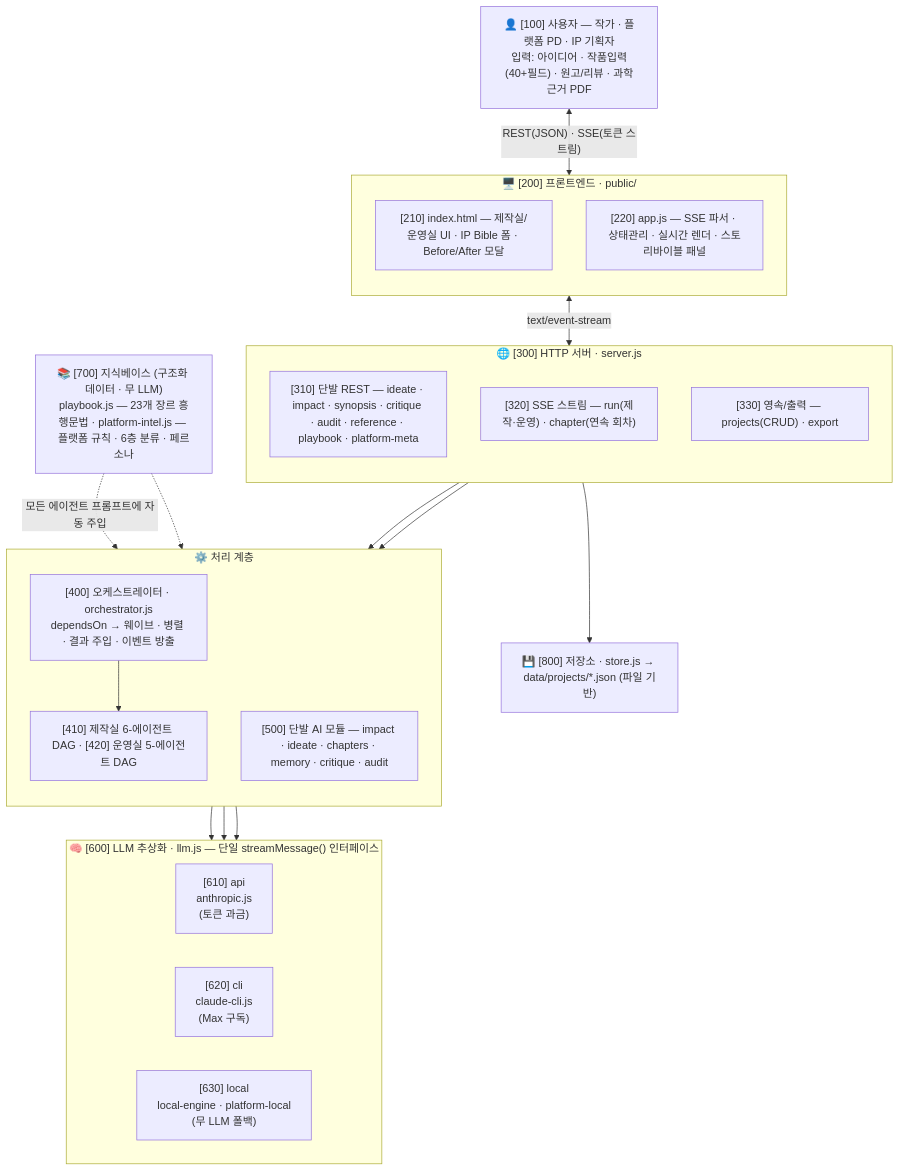
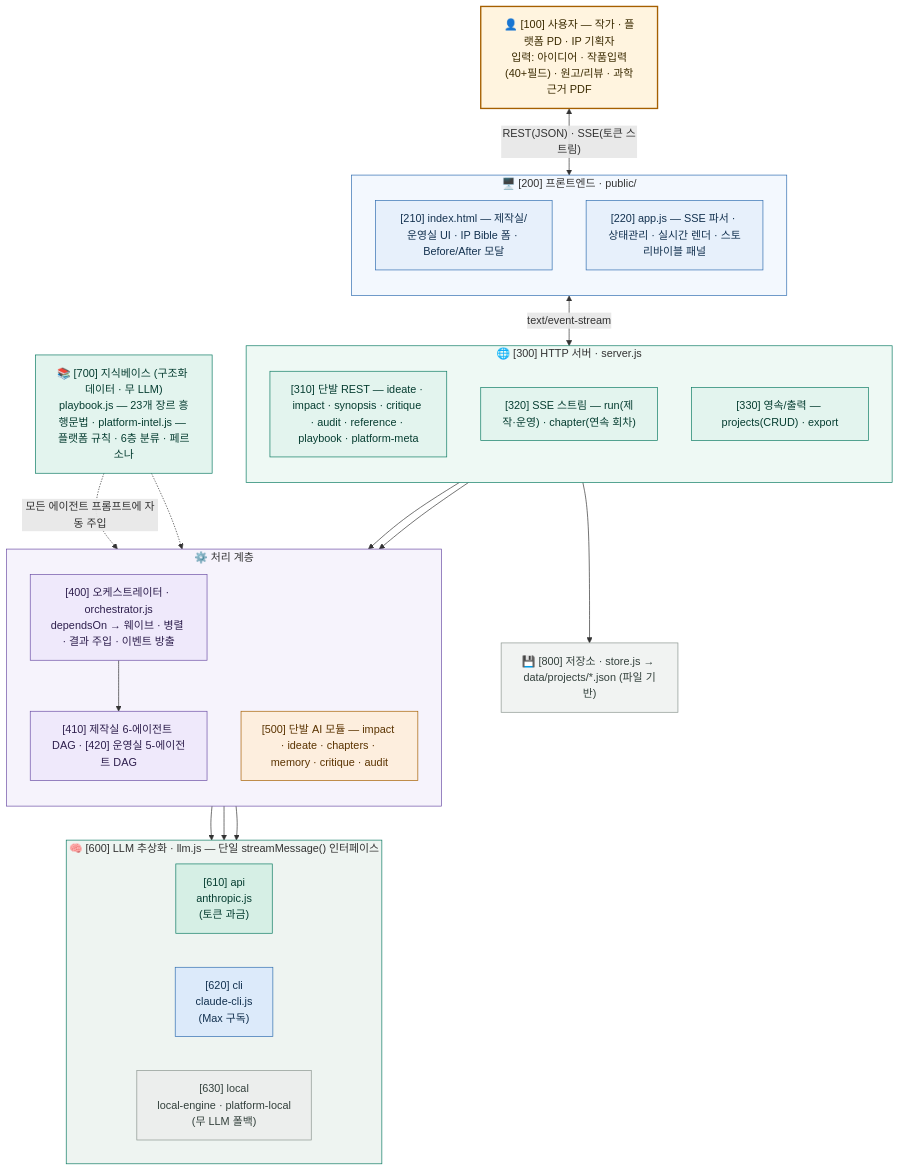
One commit to swparklab/webnovel-ip-agent changed the first of 7 diagrams in README.md. Above: the diagram before and after it, drawn with Mermaid. The commit also changed other lines of this file, not shown here.

First line of the commit message:
docs: 워크플로우 도면 FIG.1~7에 계층별 색상(classDef) 적용

````diff
--- a/README.md
+++ b/README.md
@@ -21,46 +21,71 @@
 ```mermaid
 flowchart TB
     U["👤 [100] 사용자 — 작가 · 플랫폼 PD · IP 기획자<br/>입력: 아이디어 · 작품입력(40+필드) · 원고/리뷰 · 과학근거 PDF"]
 
     subgraph FE["🖥️ [200] 프론트엔드 · public/"]
         direction TB
         FE1["[210] index.html — 제작실/운영실 UI · IP Bible 폼 · Before/After 모달"]
         FE2["[220] app.js — SSE 파서 · 상태관리 · 실시간 렌더 · 스토리바이블 패널"]
     end
 
     subgraph SV["🌐 [300] HTTP 서버 · server.js"]
         direction TB
         SV1["[310] 단발 REST — ideate · impact · synopsis · critique · audit · reference · playbook · platform-meta"]
         SV2["[320] SSE 스트림 — run(제작·운영) · chapter(연속 회차)"]
         SV3["[330] 영속/출력 — projects(CRUD) · export"]
     end
 
     subgraph CORE["⚙️ 처리 계층"]
         direction TB
         OR["[400] 오케스트레이터 · orchestrator.js<br/>dependsOn → 웨이브 · 병렬 · 결과 주입 · 이벤트 방출"]
         DAG["[410] 제작실 6-에이전트 DAG · [420] 운영실 5-에이전트 DAG"]
         AIM["[500] 단발 AI 모듈 — impact · ideate · chapters · memory · critique · audit"]
         OR --> DAG
     end
 
     subgraph LLM["🧠 [600] LLM 추상화 · llm.js — 단일 streamMessage() 인터페이스"]
         direction LR
         L1["[610] api<br/>anthropic.js<br/>(토큰 과금)"]
         L2["[620] cli<br/>claude-cli.js<br/>(Max 구독)"]
         L3["[630] local<br/>local-engine · platform-local<br/>(무 LLM 폴백)"]
     end
 
     KB["📚 [700] 지식베이스 (구조화 데이터 · 무 LLM)<br/>playbook.js — 23개 장르 흥행문법 · platform-intel.js — 플랫폼 규칙 · 6층 분류 · 페르소나"]
     ST["💾 [800] 저장소 · store.js → data/projects/*.json (파일 기반)"]
 
     U <-->|"REST(JSON) · SSE(토큰 스트림)"| FE
     FE <-->|"text/event-stream"| SV
     SV2 --> OR
     SV1 --> AIM
     SV3 --> ST
     OR --> LLM
     AIM --> LLM
     DAG --> LLM
     KB -. "모든 에이전트 프롬프트에 자동 주입" .-> OR
     KB -.-> AIM
+
+    classDef user fill:#fff4df,stroke:#a55f00,stroke-width:2px,color:#3a2a00
+    classDef fe fill:#e7f0fb,stroke:#2f6db0,color:#13314f
+    classDef sv fill:#e3f4ee,stroke:#0c7b63,color:#063d31
+    classDef core fill:#efe9fb,stroke:#6b4ea5,color:#2e1f4d
+    classDef ai fill:#fdeede,stroke:#a55f00,color:#5a3300
+    classDef kb fill:#e3f4ee,stroke:#0c7b63,color:#063d31
+    classDef st fill:#f1f3f2,stroke:#8a958f,color:#33403c
+    classDef api fill:#d6efe5,stroke:#0c7b63,color:#063d31
+    classDef cli fill:#dceafa,stroke:#2f6db0,color:#13314f
+    classDef local fill:#eceeed,stroke:#8a958f,color:#33403c
+    class U user
+    class FE1,FE2 fe
+    class SV1,SV2,SV3 sv
+    class OR,DAG core
+    class AIM ai
+    class L1 api
+    class L2 cli
+    class L3 local
+    class KB kb
+    class ST st
+    style FE fill:#f3f8fe,stroke:#2f6db0
+    style SV fill:#eef9f4,stroke:#0c7b63
+    style CORE fill:#f6f3fc,stroke:#6b4ea5
+    style LLM fill:#eef4f1,stroke:#0c7b63
 ```
````
